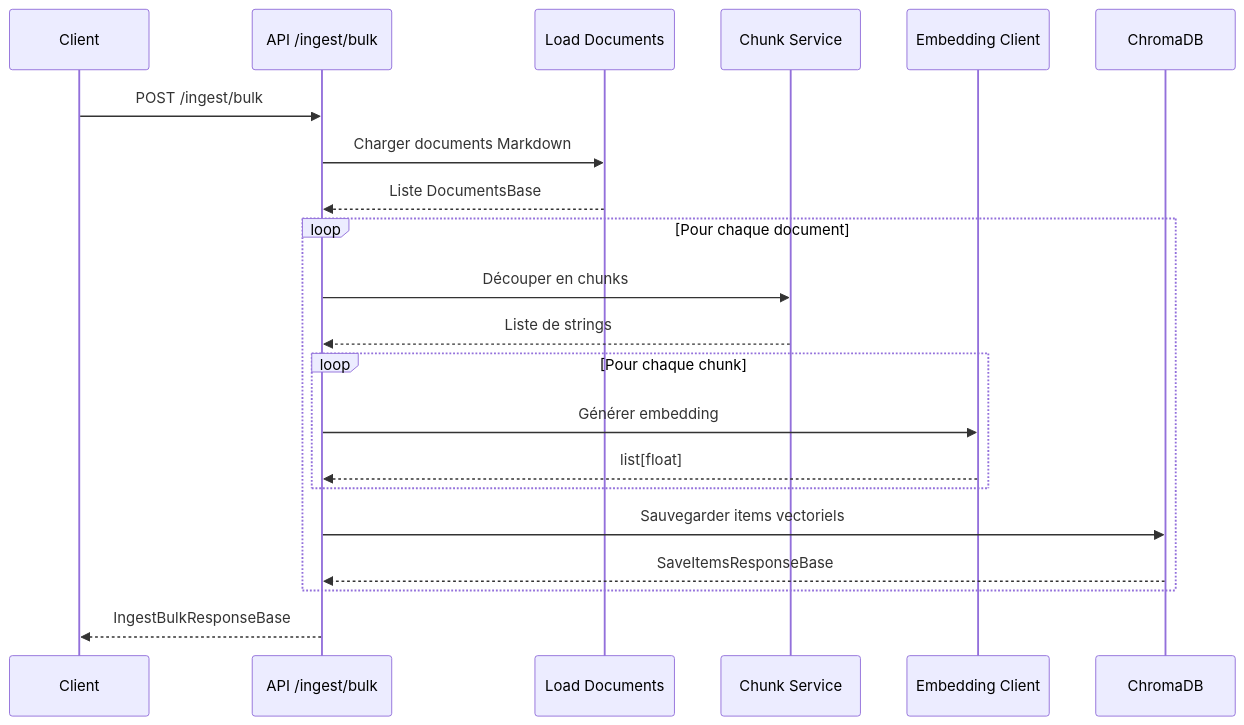
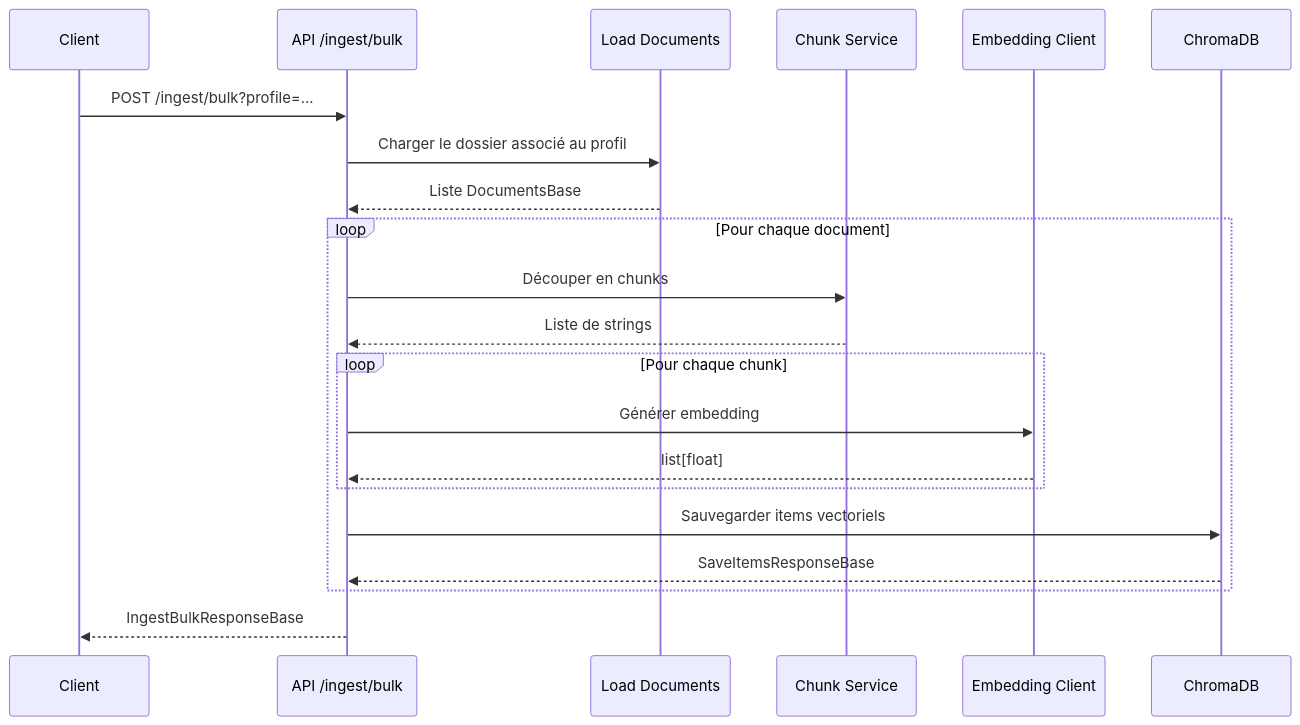
One commit to TanguyRaguenes/RAG changed the second of 2 diagrams in rag_embedder/docs/index.md. Above: the diagram before and after it, drawn with Mermaid. The commit also changed other lines of this file and 78 other files, not shown here.

````diff
--- a/rag_embedder/docs/index.md
+++ b/rag_embedder/docs/index.md
@@ -203,28 +206,28 @@
 ```mermaid
 sequenceDiagram
     participant Client
     participant API as API /ingest/bulk
     participant Load as Load Documents
     participant Chunk as Chunk Service
     participant Embed as Embedding Client
     participant ChromaDB as ChromaDB
 
-    Client->>API: POST /ingest/bulk
-    API->>Load: Charger documents Markdown
+    Client->>API: POST /ingest/bulk?profile=...
+    API->>Load: Charger le dossier associé au profil
     Load-->>API: Liste DocumentsBase
 
     Loop Pour chaque document
         API->>Chunk: Découper en chunks
         Chunk-->>API: Liste de strings
 
         Loop Pour chaque chunk
             API->>Embed: Générer embedding
             Embed-->>API: list[float]
         end
 
         API->>ChromaDB: Sauvegarder items vectoriels
         ChromaDB-->>API: SaveItemsResponseBase
     end
 
     API-->>Client: IngestBulkResponseBase
 ```
````
